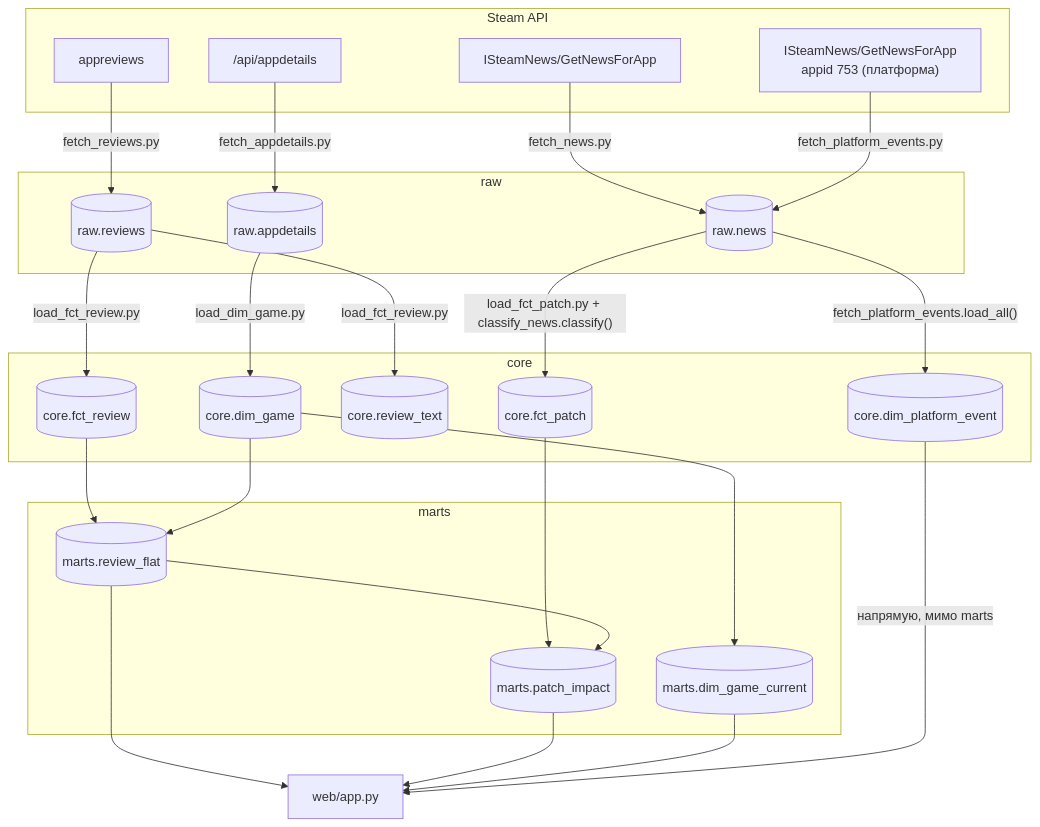
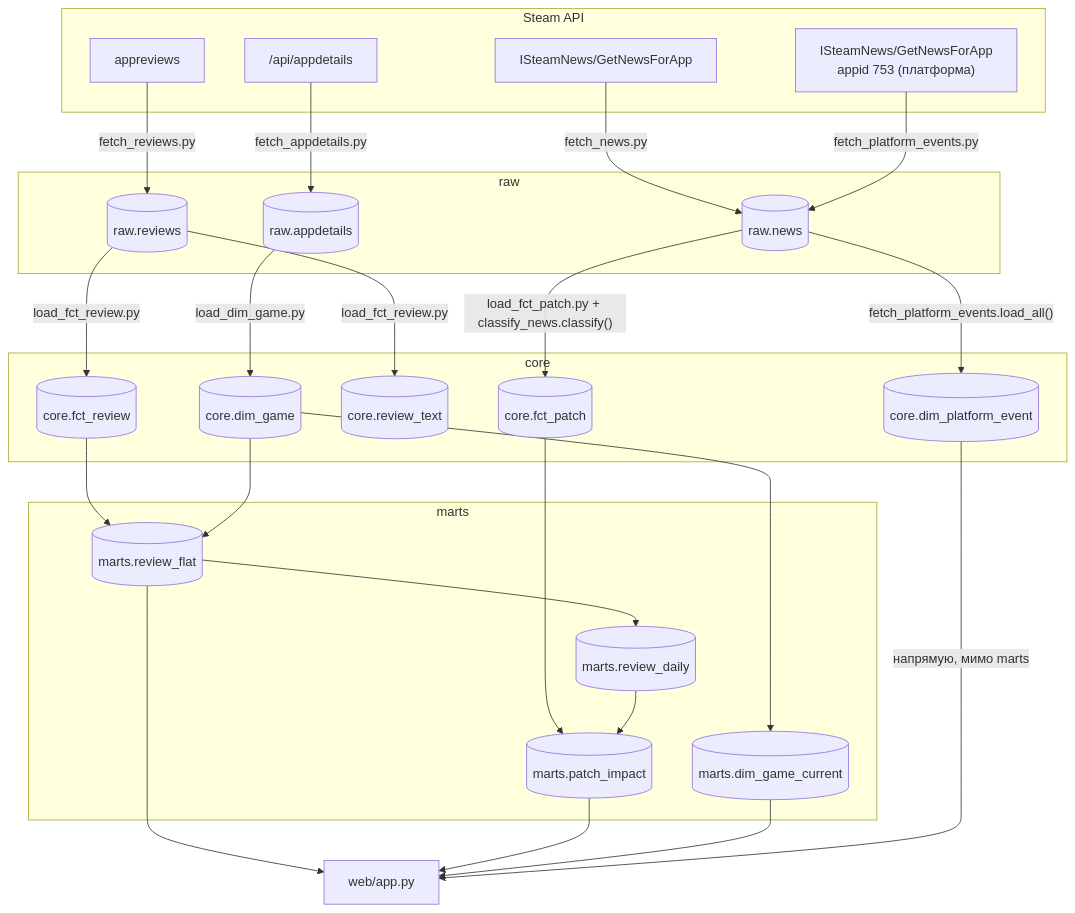
Before and after one commit to lebedev-ay/steam-health: the diagram in docs/model.md, drawn with Mermaid. The commit also changed other lines of this file and 7 other files, not shown here.

````diff
--- a/docs/model.md
+++ b/docs/model.md
@@ -12,53 +12,55 @@
 ```mermaid
 flowchart TD
     subgraph steam["Steam API"]
         API_REV["appreviews"]
         API_NEWS["ISteamNews/GetNewsForApp"]
         API_DET["/api/appdetails"]
         API_PLAT["ISteamNews/GetNewsForApp<br>appid 753 (платформа)"]
     end
 
     subgraph rawschema["raw"]
         RAW_REV[("raw.reviews")]
         RAW_NEWS[("raw.news")]
         RAW_DET[("raw.appdetails")]
     end
 
     subgraph coreschema["core"]
         C_GAME[("core.dim_game")]
         C_REVIEW[("core.fct_review")]
         C_TEXT[("core.review_text")]
         C_PATCH[("core.fct_patch")]
         C_PLATFORM[("core.dim_platform_event")]
     end
 
     subgraph martsschema["marts"]
         M_FLAT[("marts.review_flat")]
+        M_DAILY[("marts.review_daily")]
         M_IMPACT[("marts.patch_impact")]
         M_CUR[("marts.dim_game_current")]
     end
 
     WEB["web/app.py"]
 
     API_REV -->|"fetch_reviews.py"| RAW_REV
     API_NEWS -->|"fetch_news.py"| RAW_NEWS
     API_DET -->|"fetch_appdetails.py"| RAW_DET
     API_PLAT -->|"fetch_platform_events.py"| RAW_NEWS
 
     RAW_REV -->|"load_fct_review.py"| C_REVIEW
     RAW_REV -->|"load_fct_review.py"| C_TEXT
     RAW_DET -->|"load_dim_game.py"| C_GAME
     RAW_NEWS -->|"load_fct_patch.py + classify_news.classify()"| C_PATCH
     RAW_NEWS -->|"fetch_platform_events.load_all()"| C_PLATFORM
 
     C_REVIEW --> M_FLAT
     C_GAME --> M_FLAT
     C_GAME --> M_CUR
     C_PATCH --> M_IMPACT
-    M_FLAT --> M_IMPACT
+    M_FLAT --> M_DAILY
+    M_DAILY --> M_IMPACT
 
     M_FLAT --> WEB
     M_IMPACT --> WEB
     M_CUR --> WEB
     C_PLATFORM -->|"напрямую, мимо marts"| WEB
 ```
````
